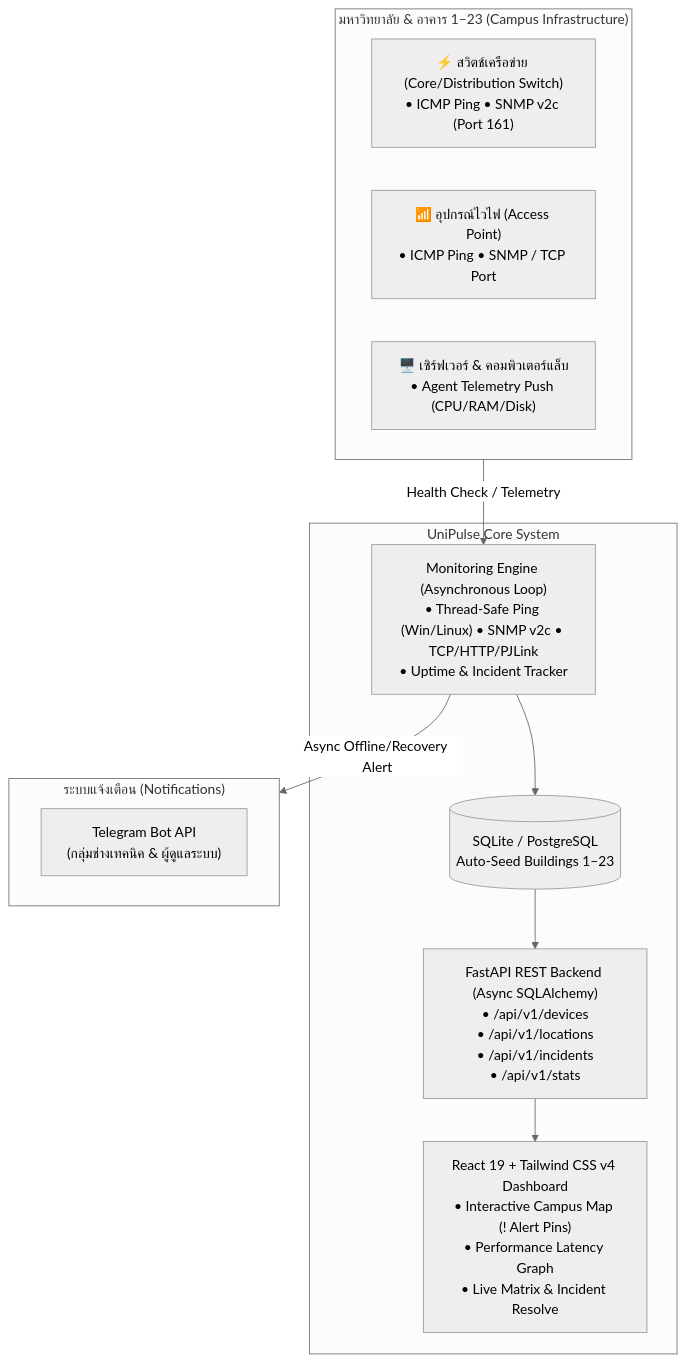
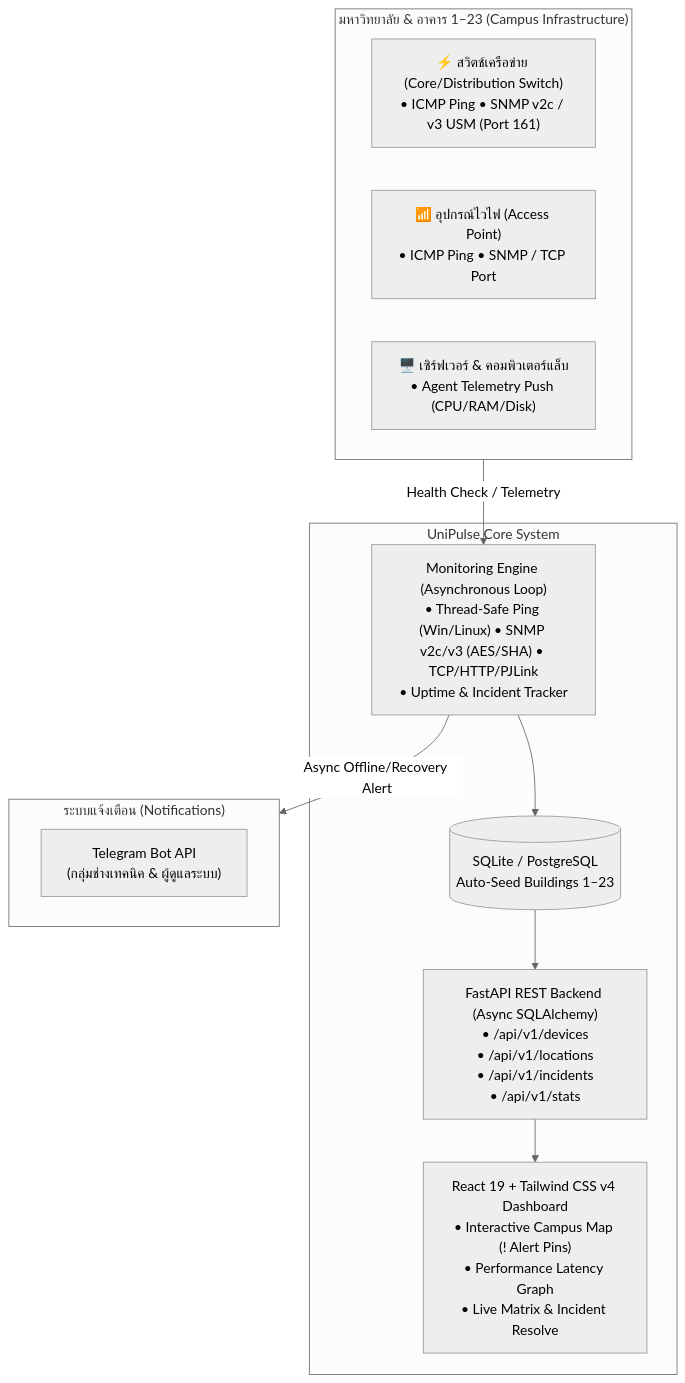
Before and after one commit to xfo110w/unipulse: the diagram in README.md, drawn with Mermaid (neutral theme). The commit also changed other lines of this file, not shown here.

Commit message:
docs: update README with dual SNMP v3 support and user manual modal

````diff
--- a/README.md
+++ b/README.md
@@ -33,25 +35,25 @@
 ```mermaid
 flowchart TD
     subgraph Campus["มหาวิทยาลัย & อาคาร 1–23 (Campus Infrastructure)"]
-        SW["⚡ สวิตช์เครือข่าย (Core/Distribution Switch)<br>• ICMP Ping • SNMP v2c (Port 161)"]
+        SW["⚡ สวิตช์เครือข่าย (Core/Distribution Switch)<br>• ICMP Ping • SNMP v2c / v3 USM (Port 161)"]
         AP["📶 อุปกรณ์ไวไฟ (Access Point)<br>• ICMP Ping • SNMP / TCP Port"]
         SRV["🖥️ เซิร์ฟเวอร์ & คอมพิวเตอร์แล็บ<br>• Agent Telemetry Push (CPU/RAM/Disk)"]
     end
 
     subgraph CoreSystem["UniPulse Core System"]
-        Engine["Monitoring Engine (Asynchronous Loop)<br>• Thread-Safe Ping (Win/Linux) • SNMP v2c • TCP/HTTP/PJLink<br>• Uptime & Incident Tracker"]
+        Engine["Monitoring Engine (Asynchronous Loop)<br>• Thread-Safe Ping (Win/Linux) • SNMP v2c/v3 (AES/SHA) • TCP/HTTP/PJLink<br>• Uptime & Incident Tracker"]
         DB[("SQLite / PostgreSQL<br>Auto-Seed Buildings 1–23")]
         API["FastAPI REST Backend (Async SQLAlchemy)<br>• /api/v1/devices<br>• /api/v1/locations<br>• /api/v1/incidents<br>• /api/v1/stats"]
         WebUI["React 19 + Tailwind CSS v4 Dashboard<br>• Interactive Campus Map (! Alert Pins)<br>• Performance Latency Graph<br>• Live Matrix & Incident Resolve"]
     end
 
     subgraph Alerts["ระบบแจ้งเตือน (Notifications)"]
         TelegramBot["Telegram Bot API<br>(กลุ่มช่างเทคนิค & ผู้ดูแลระบบ)"]
     end
 
     Campus -->|Health Check / Telemetry| Engine
     Engine --> DB
     DB --> API
     API --> WebUI
     Engine -->|Async Offline/Recovery Alert| Alerts
 ```
````
